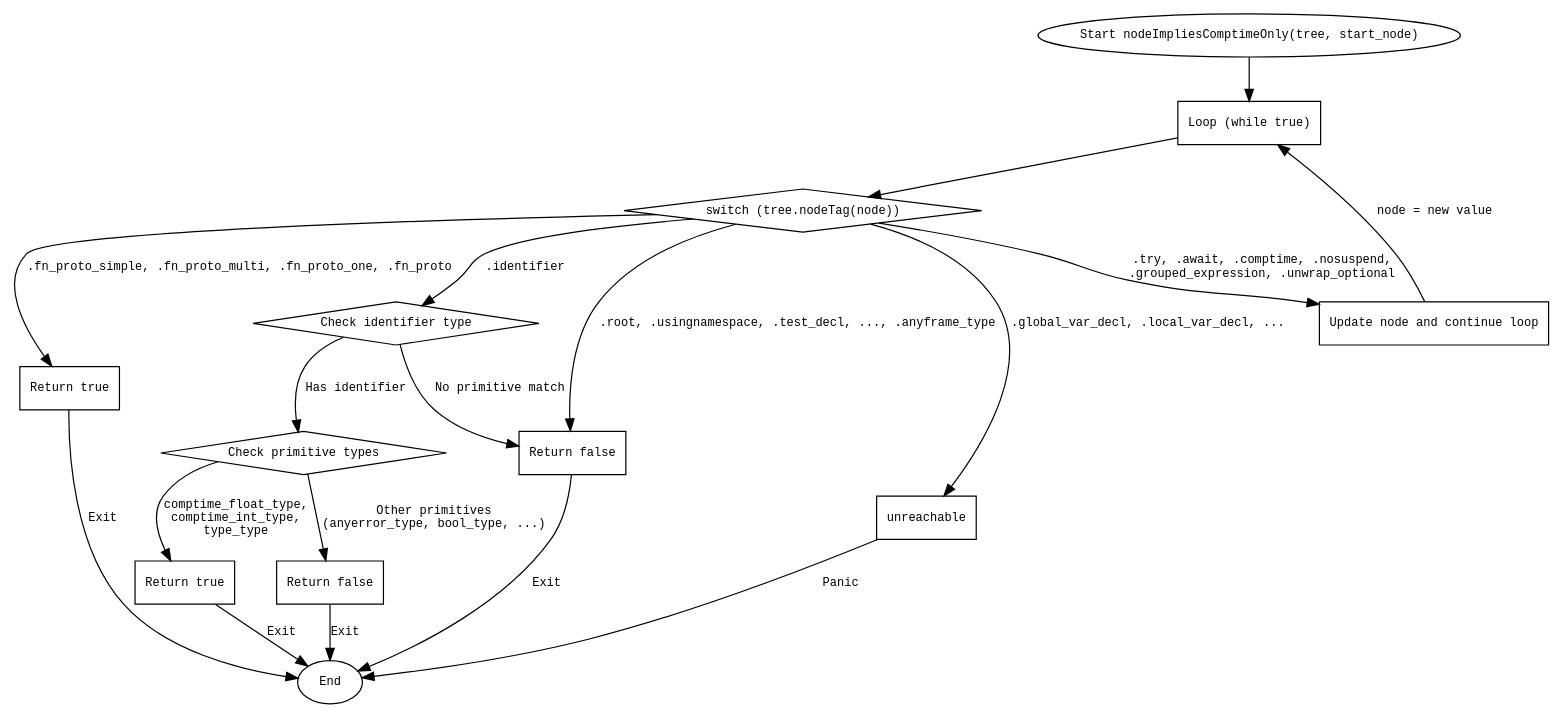
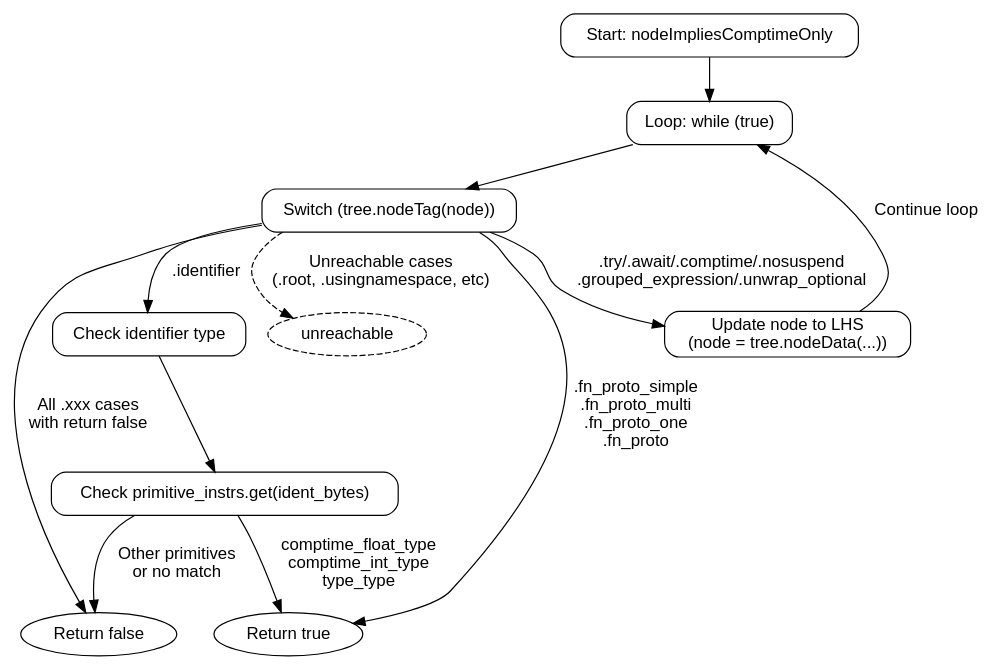
The diagram in dot_std/zig/AstGen.zig.nodeImpliesComptimeOnly.md (sdzx-1/deepseek-zig-reader), drawn with Graphviz before and after one commit. The commit also changed other lines of this file and 236 other files, not shown here.

````diff
--- a/dot_std/zig/AstGen.zig.nodeImpliesComptimeOnly.md
+++ b/dot_std/zig/AstGen.zig.nodeImpliesComptimeOnly.md
@@ -22,50 +17,38 @@
 ```dot
 digraph flowchart {
-    node [shape=rectangle, fontname="Courier", fontsize=10];
-    edge [fontname="Courier", fontsize=10];
+    node [shape=rectangle, style="rounded", fontname="Helvetica"];
+    edge [fontname="Helvetica"];
 
-    start [label="Start nodeImpliesComptimeOnly(tree, start_node)", shape=ellipse];
-    loop [label="Loop (while true)"];
-    switch [label="switch (tree.nodeTag(node))", shape=diamond];
-    return_false [label="Return false", shape=box];
-    return_true [label="Return true", shape=box];
-    update_node [label="Update node and continue loop", shape=box];
-    check_identifier [label="Check identifier type", shape=diamond];
-    primitives_check [label="Check primitive types", shape=diamond];
-    return_true_prim [label="Return true", shape=box];
-    return_false_prim [label="Return false", shape=box];
-    unreachable [label="unreachable", shape=box];
+    start [label="Start: nodeImpliesComptimeOnly"];
+    loop [label="Loop: while (true)"];
+    switch_node [label="Switch (tree.nodeTag(node))"];
+    return_true [label="Return true", shape=oval];
+    return_false [label="Return false", shape=oval];
+    handle_forward [label="Update node to LHS\n(node = tree.nodeData(...))"];
+    handle_identifier [label="Check identifier type"];
+    ident_primitive_check [label="Check primitive_instrs.get(ident_bytes)"];
 
     start -> loop;
-    loop -> switch;
+    loop -> switch_node;
 
-    // Cases that return false
-    switch -> return_false [label=".root, .usingnamespace, .test_decl, ..., .anyframe_type"];
+    // Common false returns
+    switch_node -> return_false [label="All .xxx cases\nwith return false"];
     
-    // Cases that return true
-    switch -> return_true [label=".fn_proto_simple, .fn_proto_multi, .fn_proto_one, .fn_proto"];
+    // True returns (fn_proto_xxx cases)
+    switch_node -> return_true [label=".fn_proto_simple\n.fn_proto_multi\n.fn_proto_one\n.fn_proto"];
     
-    // Cases that update node
-    switch -> update_node [label=".try, .await, .comptime, .nosuspend,\n.grouped_expression, .unwrap_optional"];
-    update_node -> loop [label="node = new value"];
+    // Forwarding cases
+    switch_node -> handle_forward [label=".try/.await/.comptime/.nosuspend\n.grouped_expression/.unwrap_optional"];
+    handle_forward -> loop [label="Continue loop"];
     
-    // Identifier case
-    switch -> check_identifier [label=".identifier"];
-    check_identifier -> primitives_check [label="Has identifier"];
-    primitives_check -> return_true_prim [label="comptime_float_type,\ncomptime_int_type,\ntype_type"];
-    primitives_check -> return_false_prim [label="Other primitives\n(anyerror_type, bool_type, ...)"];
-    check_identifier -> return_false [label="No primitive match"];
-    
+    // Identifier handling
+    switch_node -> handle_identifier [label=".identifier"];
+    handle_identifier -> ident_primitive_check;
+    ident_primitive_check -> return_true [label="comptime_float_type\ncomptime_int_type\ntype_type"];
+    ident_primitive_check -> return_false [label="Other primitives\nor no match"];
+
     // Unreachable cases
-    switch -> unreachable [label=".global_var_decl, .local_var_decl, ..."];
-    
-    // Edge connections for return nodes
-    return_false -> end [label="Exit"];
-    return_true -> end [label="Exit"];
-    return_true_prim -> end [label="Exit"];
-    return_false_prim -> end [label="Exit"];
-    unreachable -> end [label="Panic"];
-
-    end [label="End", shape=ellipse];
+    switch_node -> unreachable [label="Unreachable cases\n(.root, .usingnamespace, etc)", style=dashed];
+    unreachable [label="unreachable", shape=oval, style=dashed];
 }
 ```
````
